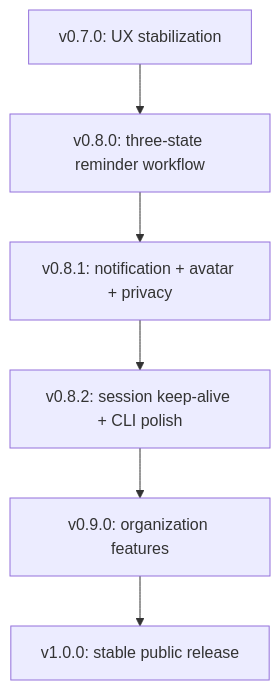
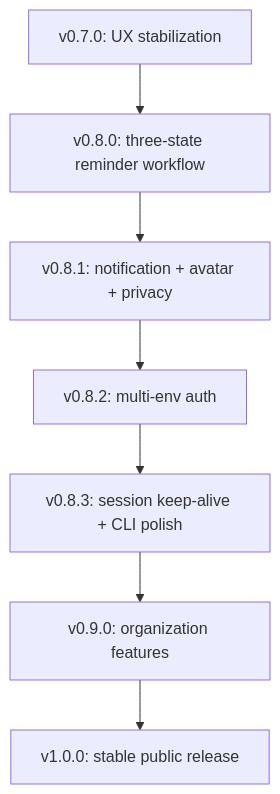
Before and after one commit to xiaolinstar/ai-todo: the diagram in docs/releases/v0.7.0-v0.8.1-ux-iteration-plan.md, drawn with Mermaid. The commit also changed other lines of this file and 3 other files, not shown here.

First line of the commit message:
docs: add v0.8.3 plan for session keep-alive and UX polish

````diff
--- a/docs/releases/v0.7.0-v0.8.1-ux-iteration-plan.md
+++ b/docs/releases/v0.7.0-v0.8.1-ux-iteration-plan.md
@@ -281,8 +291,9 @@
 ```mermaid
 flowchart TD
   A["v0.7.0: UX stabilization"] --> B["v0.8.0: three-state reminder workflow"]
   B --> C["v0.8.1: notification + avatar + privacy"]
-  C --> C2["v0.8.2: session keep-alive + CLI polish"]
-  C2 --> D["v0.9.0: organization features"]
+  C --> C2["v0.8.2: multi-env auth"]
+  C2 --> C3["v0.8.3: session keep-alive + CLI polish"]
+  C3 --> D["v0.9.0: organization features"]
   D --> E["v1.0.0: stable public release"]
 ```
````
